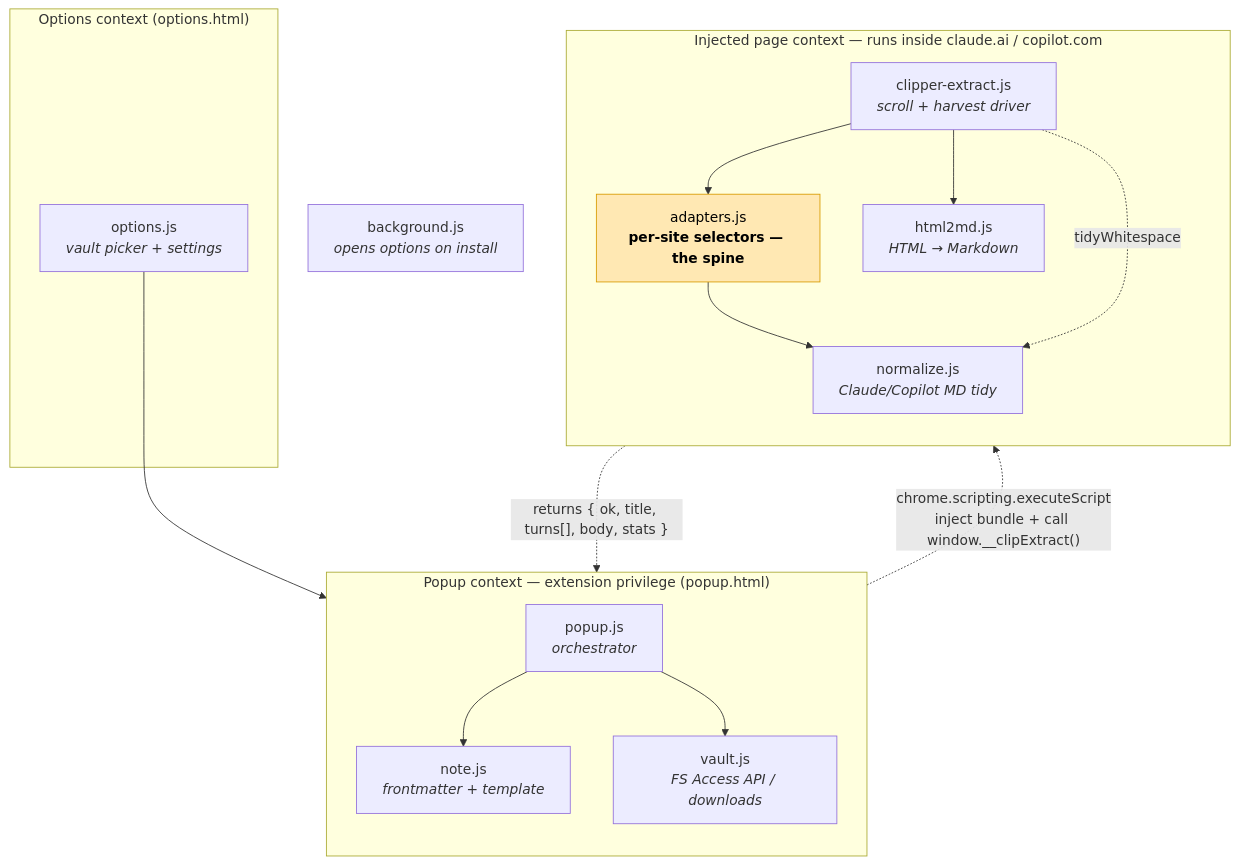
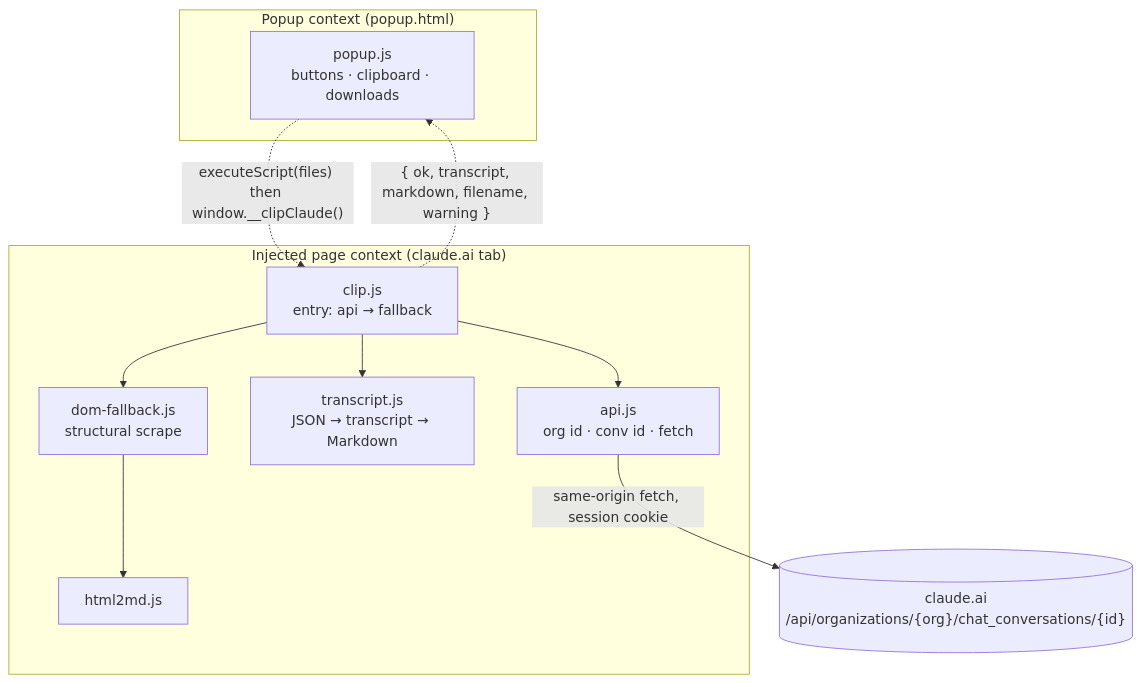
One commit to jchimp/claude-chat-clipper changed the first of 2 diagrams in docs/ARCHITECTURE.md. Above: the diagram before and after it, drawn with Mermaid. The commit also changed other lines of this file, not shown here.

Commit message:
Rewrite architecture doc for the API-first design.

````diff
--- a/docs/ARCHITECTURE.md
+++ b/docs/ARCHITECTURE.md
@@ -32,36 +19,21 @@
 ```mermaid
 flowchart TB
-    subgraph POPUP["Popup context — extension privilege (popup.html)"]
-        direction TB
-        popup["popup.js<br/><i>orchestrator</i>"]
-        note["note.js<br/><i>frontmatter + template</i>"]
-        vault["vault.js<br/><i>FS Access API / downloads</i>"]
-        popup --> note
-        popup --> vault
+    subgraph POPUP["Popup context (popup.html)"]
+        popup["popup.js<br/>buttons · clipboard · downloads"]
     end
-
-    subgraph OPTS["Options context (options.html)"]
-        options["options.js<br/><i>vault picker + settings</i>"]
-        options --> vault
+    subgraph PAGE["Injected page context (claude.ai tab)"]
+        clip["clip.js<br/>entry: api → fallback"]
+        api["api.js<br/>org id · conv id · fetch"]
+        transcript["transcript.js<br/>JSON → transcript → Markdown"]
+        dom["dom-fallback.js<br/>structural scrape"]
+        h2m["html2md.js"]
+        clip --> api
+        clip --> transcript
+        clip --> dom
+        dom --> h2m
     end
-
-    subgraph PAGE["Injected page context — runs inside claude.ai / copilot.com"]
-        direction TB
-        extract["clipper-extract.js<br/><i>scroll + harvest driver</i>"]
-        adapters["adapters.js<br/><b>per-site selectors — the spine</b>"]
-        html2md["html2md.js<br/><i>HTML → Markdown</i>"]
-        normalize["normalize.js<br/><i>Claude/Copilot MD tidy</i>"]
-        extract --> adapters
-        extract --> html2md
-        adapters --> normalize
-        extract -.->|tidyWhitespace| normalize
-    end
-
-    bg["background.js<br/><i>opens options on install</i>"]
-
-    popup -.->|"chrome.scripting.executeScript<br/>inject bundle + call window.__clipExtract()"| extract
-    extract -.->|"returns { ok, title, turns[], body, stats }"| popup
-
-    classDef spine fill:#ffe8b3,stroke:#d89b00,color:#000;
-    class adapters spine
+    endpoint[("claude.ai<br/>/api/organizations/{org}/chat_conversations/{id}")]
+    popup -.->|"executeScript(files) then window.__clipClaude()"| clip
+    api -->|same-origin fetch, session cookie| endpoint
+    clip -.->|"{ ok, transcript, markdown, filename, warning }"| popup
 ```
````
